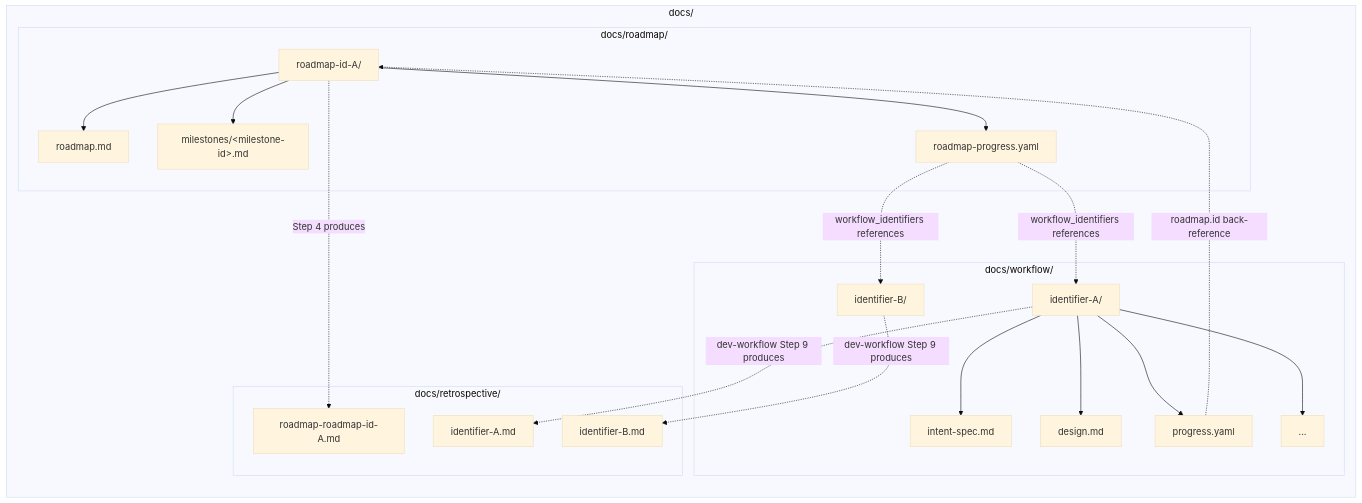
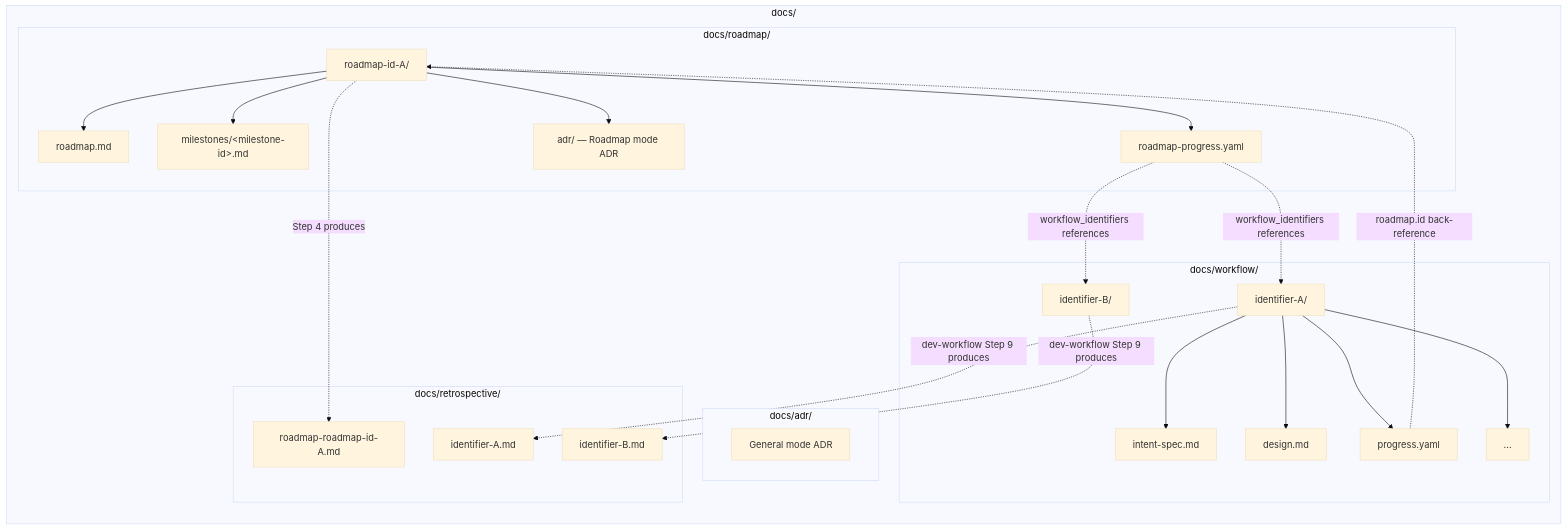
One commit to totto2727-org/monorepo changed the third of 3 diagrams in plugins/dev-workflow/skills/dev-roadmap/SKILL.md. Above: the diagram before and after it, drawn with Mermaid (base theme). The commit also changed other lines of this file and 15 other files, not shown here.

First line of the commit message:
feat(dev-workflow): port adr skill to dev-workflow with General/Roadmap dual-mode

````diff
--- a/plugins/dev-workflow/skills/dev-roadmap/SKILL.md
+++ b/plugins/dev-workflow/skills/dev-roadmap/SKILL.md
@@ -355,38 +358,43 @@
 ```mermaid
 graph LR
     subgraph docs[docs/]
+        subgraph adr_global[docs/adr/]
+            AG1[General mode ADR]
+        end
         subgraph roadmap_dir[docs/roadmap/]
             R1[roadmap-id-A/]
             R1F1[roadmap.md]
             R1F2[milestones/&lt;milestone-id&gt;.md]
             R1F3[roadmap-progress.yaml]
+            R1F4[adr/ &mdash; Roadmap mode ADR]
             R1 --> R1F1
             R1 --> R1F2
             R1 --> R1F3
+            R1 --> R1F4
         end
         subgraph workflow_dir[docs/workflow/]
             W1[identifier-A/]
             W1F1[intent-spec.md]
             W1F2[design.md]
             W1F3[progress.yaml]
             W1F4[...]
             W1 --> W1F1
             W1 --> W1F2
             W1 --> W1F3
             W1 --> W1F4
             W2[identifier-B/]
         end
         subgraph retrospective_dir[docs/retrospective/]
             RR1[roadmap-roadmap-id-A.md]
             WR1[identifier-A.md]
             WR2[identifier-B.md]
         end
     end
 
     R1F3 -.->|workflow_identifiers references| W1
     R1F3 -.->|workflow_identifiers references| W2
     W1F3 -.->|roadmap.id back-reference| R1
     R1 -.->|Step 4 produces| RR1
     W1 -.->|dev-workflow Step 9 produces| WR1
     W2 -.->|dev-workflow Step 9 produces| WR2
 ```
````
